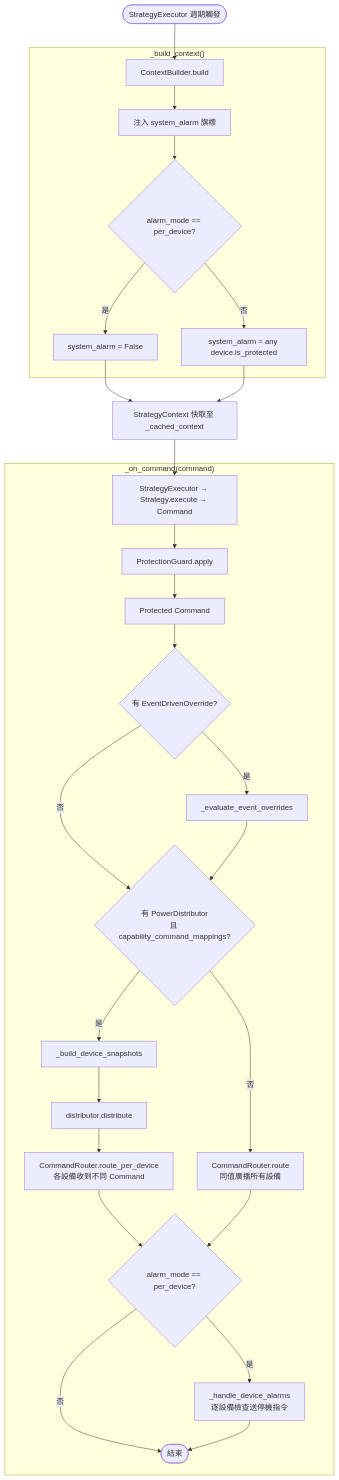
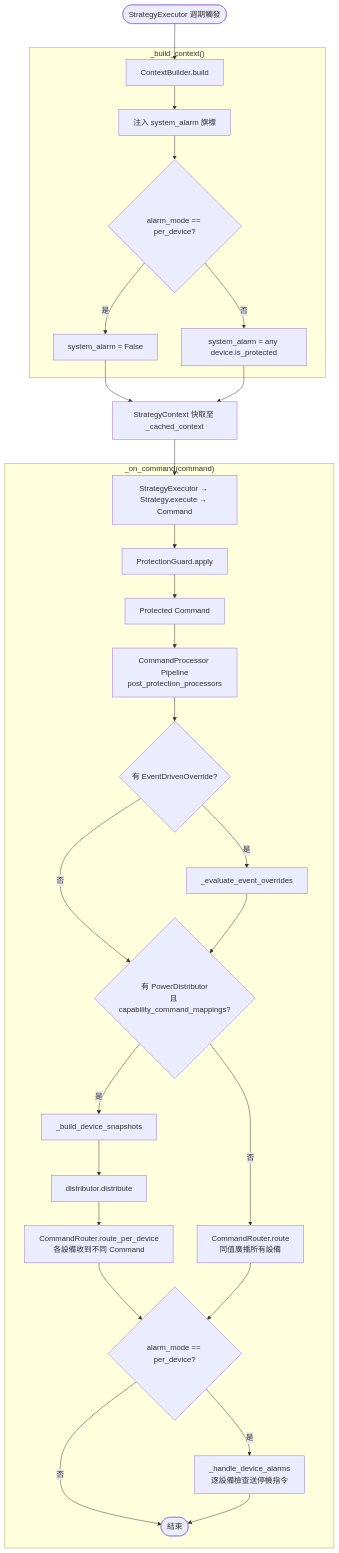
The second of 6 diagrams in docs/01-Architecture/System Diagrams.md (csp0924/csplib), drawn with Mermaid before and after one commit. The commit also changed other lines of this file and 15 other files, not shown here.

First line of the commit message:
docs(guides): audit Architecture + Guides + Home.md (DOC-083)

````diff
--- a/docs/01-Architecture/System Diagrams.md
+++ b/docs/01-Architecture/System Diagrams.md
@@ -124,33 +129,34 @@
 ```mermaid
 flowchart TD
     A([StrategyExecutor 週期觸發]) --> B
 
     subgraph CTX["_build_context()"]
         B[ContextBuilder.build] --> C[注入 system_alarm 旗標]
         C --> C1{alarm_mode == per_device?}
         C1 -->|是| C2[system_alarm = False]
         C1 -->|否| C3[system_alarm = any device.is_protected]
     end
 
     C2 & C3 --> D[StrategyContext 快取至 _cached_context]
     D --> E[StrategyExecutor → Strategy.execute → Command]
 
     subgraph CMD["_on_command(command)"]
         E --> F[ProtectionGuard.apply] --> G[Protected Command]
-        G --> H{有 EventDrivenOverride?}
+        G --> G2[CommandProcessor Pipeline\npost_protection_processors]
+        G2 --> H{有 EventDrivenOverride?}
         H -->|是| I[_evaluate_event_overrides]
         H -->|否| J
         I --> J
 
         J{有 PowerDistributor\n且 capability_command_mappings?}
         J -->|是| K[_build_device_snapshots]
         K --> L[distributor.distribute]
         L --> M[CommandRouter.route_per_device\n各設備收到不同 Command]
         J -->|否| N[CommandRouter.route\n同值廣播所有設備]
 
         M & N --> O{alarm_mode == per_device?}
         O -->|是| P[_handle_device_alarms\n逐設備檢查送停機指令]
         O -->|否| Q([結束])
         P --> Q
     end
 ```
````
